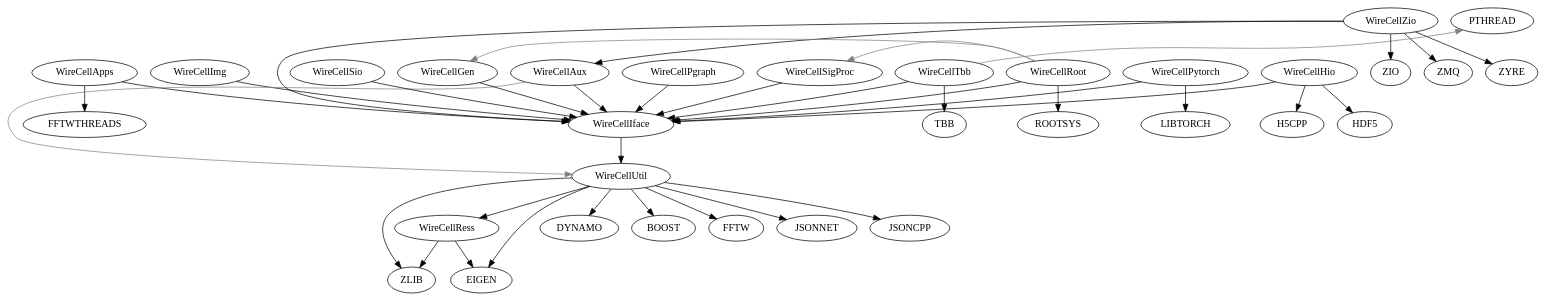
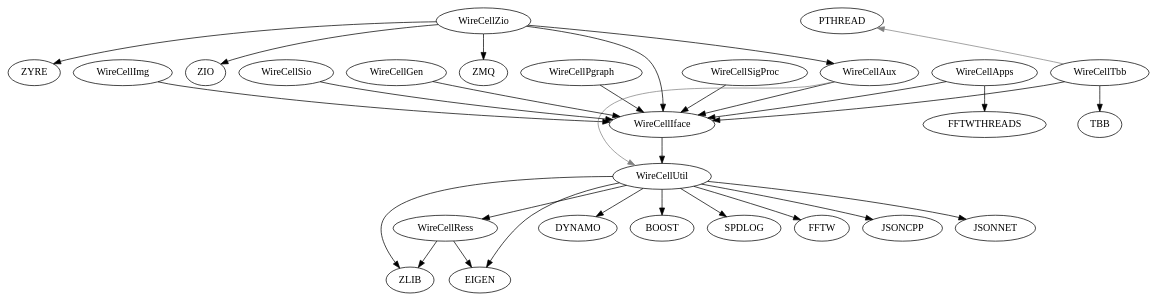
The diagram in wct-deps.dot (zhihuadong/wire-cell-toolkit), drawn with Graphviz before and after one commit. The commit also changed 56 other files, not shown here.

```diff
--- a/wct-deps.dot
+++ b/wct-deps.dot
@@ -1,54 +1,43 @@
 digraph deps {
 	"WireCellPgraph";
 	"WireCellApps";
 	"WireCellSigProc";
 	"WireCellImg";
 	"WireCellAux";
 	"WireCellTbb";
 	"WireCellZio";
-	"WireCellPytorch";
 	"WireCellSio";
 	"WireCellRess";
 	"WireCellIface";
-	"WireCellRoot";
 	"WireCellGen";
-	"WireCellHio";
 	"WireCellUtil";
 	"WireCellApps" -> "FFTWTHREADS"[color="black"];
 	"WireCellRess" -> "ZLIB"[color="black"];
 	"WireCellUtil" -> "DYNAMO"[color="black"];
 	"WireCellAux" -> "WireCellIface"[color="black"];
 	"WireCellUtil" -> "BOOST"[color="black"];
 	"WireCellUtil" -> "ZLIB"[color="black"];
-	"WireCellHio" -> "H5CPP"[color="black"];
 	"WireCellPgraph" -> "WireCellIface"[color="black"];
-	"WireCellHio" -> "HDF5"[color="black"];
 	"WireCellAux" -> "WireCellUtil"[color="gray",constraint=false];
 	"WireCellZio" -> "WireCellIface"[color="black"];
 	"WireCellSigProc" -> "WireCellIface"[color="black"];
 	"WireCellTbb" -> "WireCellIface"[color="black"];
 	"WireCellGen" -> "WireCellIface"[color="black"];
 	"WireCellZio" -> "ZIO"[color="black"];
-	"WireCellRoot" -> "WireCellIface"[color="black"];
 	"WireCellImg" -> "WireCellIface"[color="black"];
 	"WireCellUtil" -> "EIGEN"[color="black"];
-	"WireCellRoot" -> "ROOTSYS"[color="black"];
 	"WireCellUtil" -> "WireCellRess"[color="black"];
-	"WireCellRoot" -> "WireCellSigProc"[color="gray",constraint=false];
 	"WireCellTbb" -> "PTHREAD"[color="gray",constraint=false];
-	"WireCellRoot" -> "WireCellGen"[color="gray",constraint=false];
+	"WireCellUtil" -> "SPDLOG"[color="black"];
 	"WireCellZio" -> "ZMQ"[color="black"];
 	"WireCellUtil" -> "FFTW"[color="black"];
-	"WireCellHio" -> "WireCellIface"[color="black"];
 	"WireCellSio" -> "WireCellIface"[color="black"];
-	"WireCellPytorch" -> "WireCellIface"[color="black"];
-	"WireCellPytorch" -> "LIBTORCH"[color="black"];
+	"WireCellUtil" -> "JSONCPP"[color="black"];
 	"WireCellUtil" -> "JSONNET"[color="black"];
 	"WireCellRess" -> "EIGEN"[color="black"];
 	"WireCellIface" -> "WireCellUtil"[color="black"];
 	"WireCellZio" -> "WireCellAux"[color="black"];
 	"WireCellTbb" -> "TBB"[color="black"];
 	"WireCellApps" -> "WireCellIface"[color="black"];
-	"WireCellUtil" -> "JSONCPP"[color="black"];
 	"WireCellZio" -> "ZYRE"[color="black"];
 }
```
